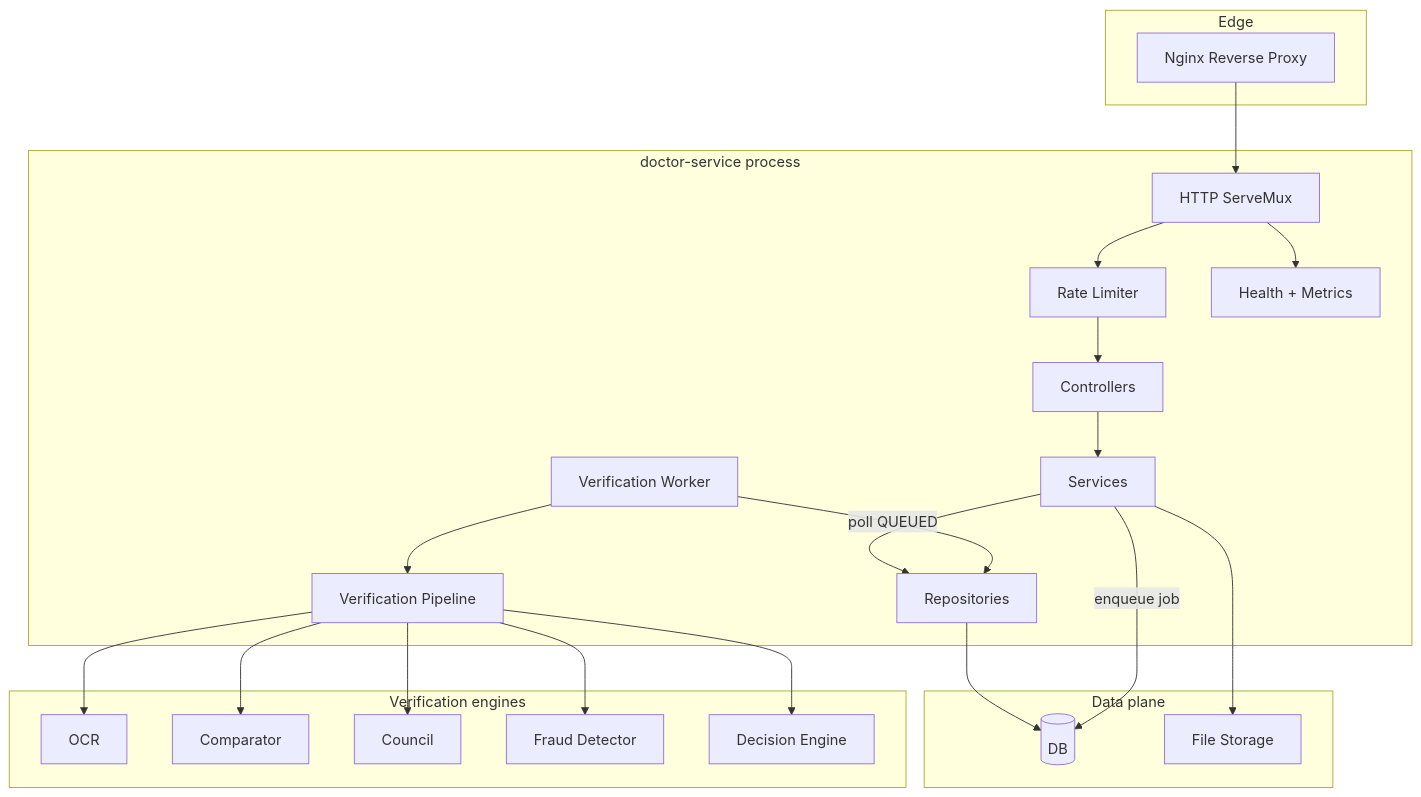
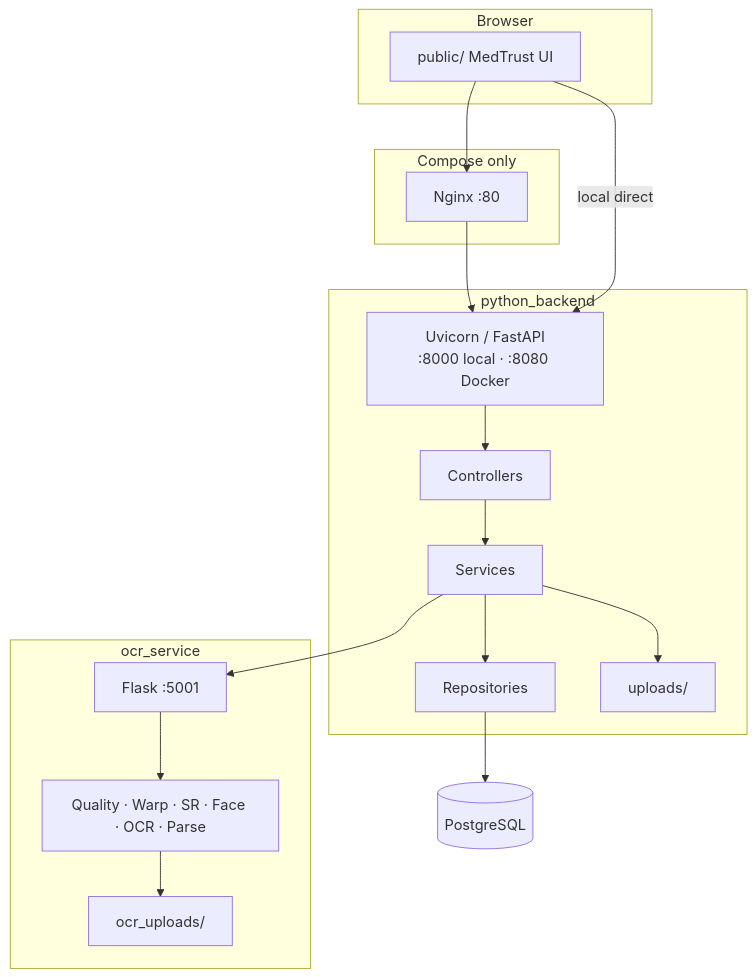
Before and after one commit to Saravanan2005real/zudoc-doctor-portal-EKYC: the second of 11 diagrams in docs/ARCHITECTURE.md, drawn with Mermaid. The commit also changed other lines of this file and 1 other file, not shown here.

First line of the commit message:
Rewrite README and architecture docs for the Python eKYC pipeline.

````diff
--- a/docs/ARCHITECTURE.md
+++ b/docs/ARCHITECTURE.md
@@ -41,45 +48,35 @@
 ```mermaid
 flowchart TB
-  subgraph Edge["Edge"]
-    Nginx[Nginx Reverse Proxy]
+  subgraph Browser
+    UI[public/ MedTrust UI]
   end
 
-  subgraph App["doctor-service process"]
-    Mux[HTTP ServeMux]
-    RL[Rate Limiter]
-    Controllers[Controllers]
-    Services[Services]
-    Worker[Verification Worker]
-    Pipeline[Verification Pipeline]
-    Repos[Repositories]
-    Metrics[Health + Metrics]
+  subgraph ComposeEdge["Compose only"]
+    NGX[Nginx :80]
   end
 
-  subgraph Data["Data plane"]
-    DB[(DB)]
-    Uploads[File Storage]
+  subgraph FastAPI["python_backend"]
+    HTTP[Uvicorn / FastAPI<br/>:8000 local · :8080 Docker]
+    CTRL[Controllers]
+    SVC[Services]
+    REPO[Repositories]
+    UP[uploads/]
   end
 
-  subgraph Engines["Verification engines"]
-    OCREng[OCR]
-    Comp[Comparator]
-    Coun[Council]
-    Fraud[Fraud Detector]
-    Dec[Decision Engine]
+  subgraph FlaskOCR["ocr_service"]
+    OHTTP[Flask :5001]
+    OPIPE[Quality · Warp · SR · Face · OCR · Parse]
+    OU[ocr_uploads/]
   end
 
-  Nginx --> Mux
-  Mux --> RL --> Controllers
-  Controllers --> Services
-  Services --> Repos --> DB
-  Services --> Uploads
-  Services -->|enqueue job| DB
-  Worker -->|poll QUEUED| Repos
-  Worker --> Pipeline
-  Pipeline --> OCREng
-  Pipeline --> Comp
-  Pipeline --> Coun
-  Pipeline --> Fraud
-  Pipeline --> Dec
-  Mux --> Metrics
+  DB[(PostgreSQL)]
+
+  UI --> NGX
+  NGX --> HTTP
+  UI -->|local direct| HTTP
+  HTTP --> CTRL --> SVC
+  SVC --> REPO --> DB
+  SVC --> UP
+  SVC --> OHTTP
+  OHTTP --> OPIPE --> OU
 ```
````
